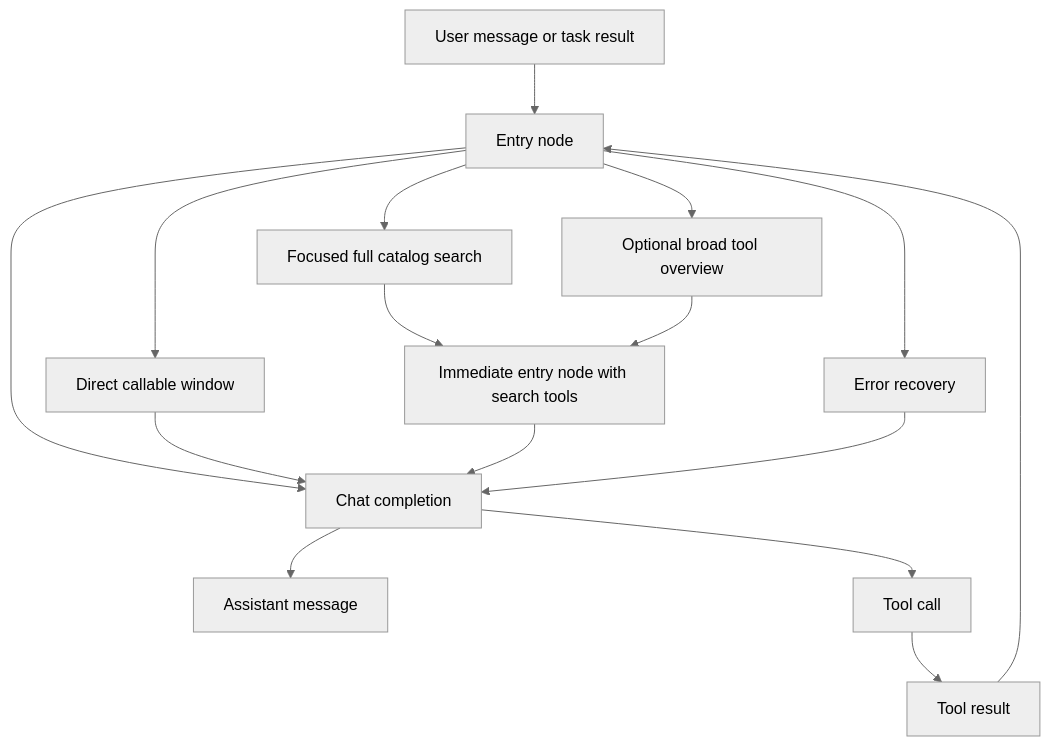
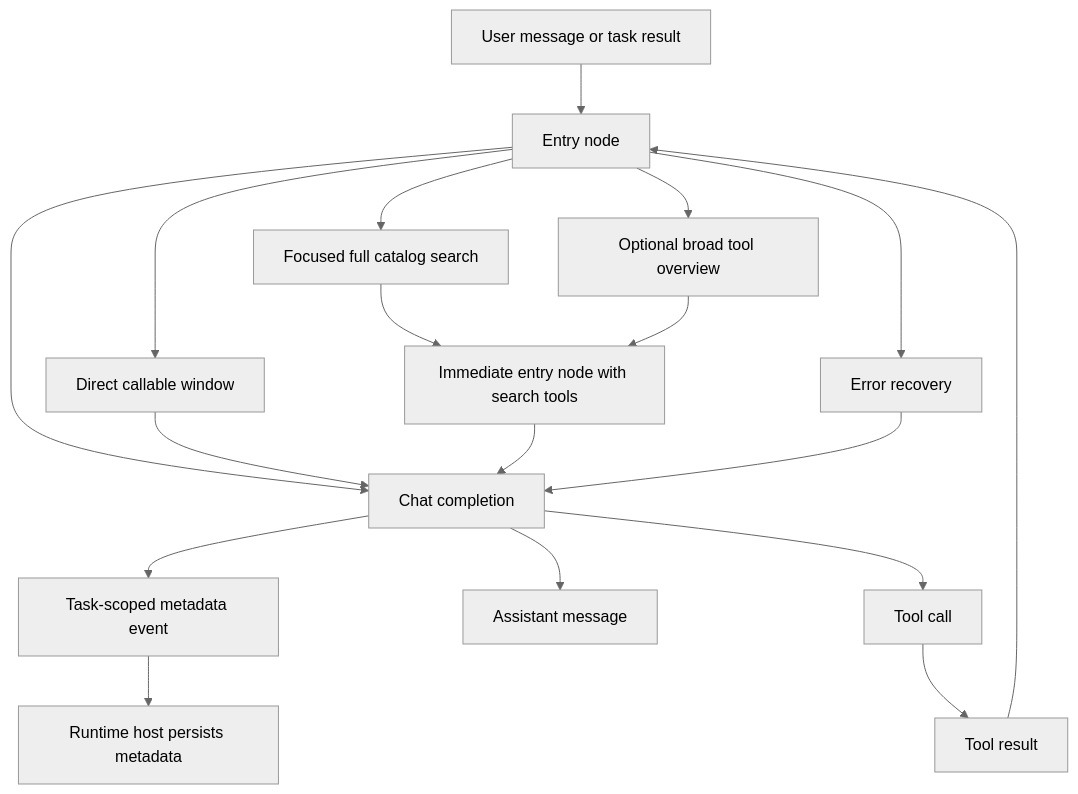
The second of 2 diagrams in public/docs/developer/task-processing.md (Xyntopia/taskyon), drawn with Mermaid (neutral theme) before and after one commit. The commit also changed other lines of this file and 30 other files, not shown here.

First line of the commit message:
feat(chat): stream completion metadata and hosted-search records

````diff
--- a/public/docs/developer/task-processing.md
+++ b/public/docs/developer/task-processing.md
@@ -262,18 +281,20 @@
 ```mermaid
 flowchart TD
   Input[User message or task result] --> Router[Entry node]
   Router --> Window[Direct callable window]
   Router --> Chat[Chat completion]
   Router --> Search[Focused full catalog search]
   Router --> Overview[Optional broad tool overview]
   Router --> Recover[Error recovery]
   Window --> Chat
   Search --> NarrowedRouter[Immediate entry node with search tools]
   Overview --> NarrowedRouter
   NarrowedRouter --> Chat
   Recover --> Chat
+  Chat --> Metadata[Task-scoped metadata event]
+  Metadata --> Host[Runtime host persists metadata]
   Chat --> Answer[Assistant message]
   Chat --> ToolCall[Tool call]
   ToolCall --> ToolResult[Tool result]
   ToolResult --> Router
 ```
````
